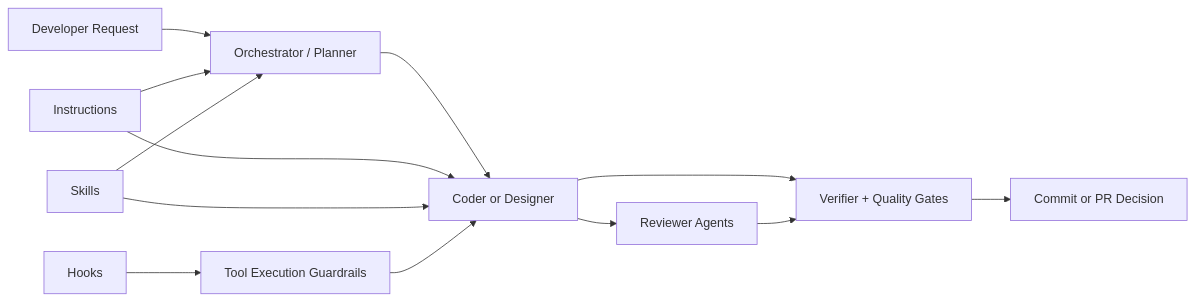
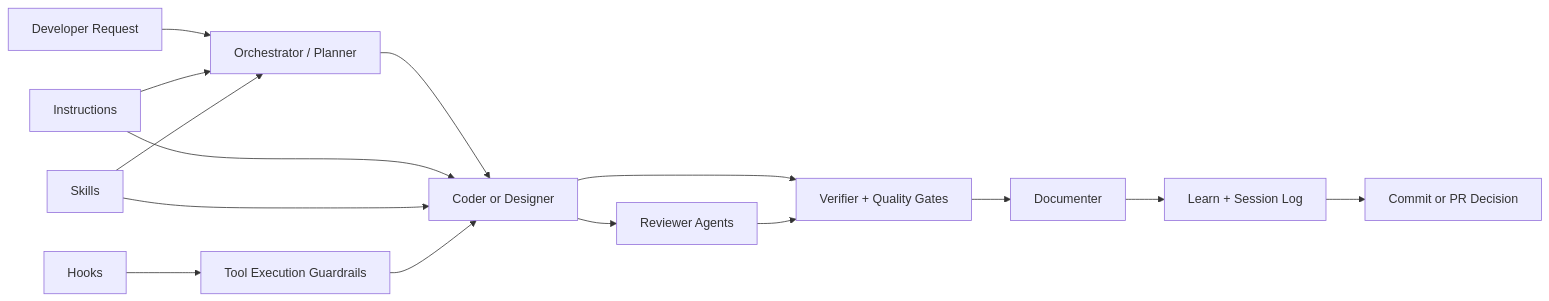
The diagram in README.md (Ghisso/github_copilot_bootstrap), drawn with Mermaid before and after one commit. The commit also changed other lines of this file and 42 other files, not shown here.

````diff
--- a/README.md
+++ b/README.md
@@ -133,20 +134,22 @@
 ```mermaid
 flowchart LR
   U[Developer Request] --> A[Orchestrator / Planner]
   A --> C[Coder or Designer]
   C --> V[Verifier + Quality Gates]
+  V --> D[Documenter]
+  D --> L[Learn + Session Log]
 
   I[Instructions] --> A
   I --> C
 
   S[Skills] --> A
   S --> C
 
   H[Hooks] --> T[Tool Execution Guardrails]
   T --> C
 
   R[Reviewer Agents] --> V
   C --> R
 
-  V --> O[Commit or PR Decision]
+  L --> O[Commit or PR Decision]
 ```
````
